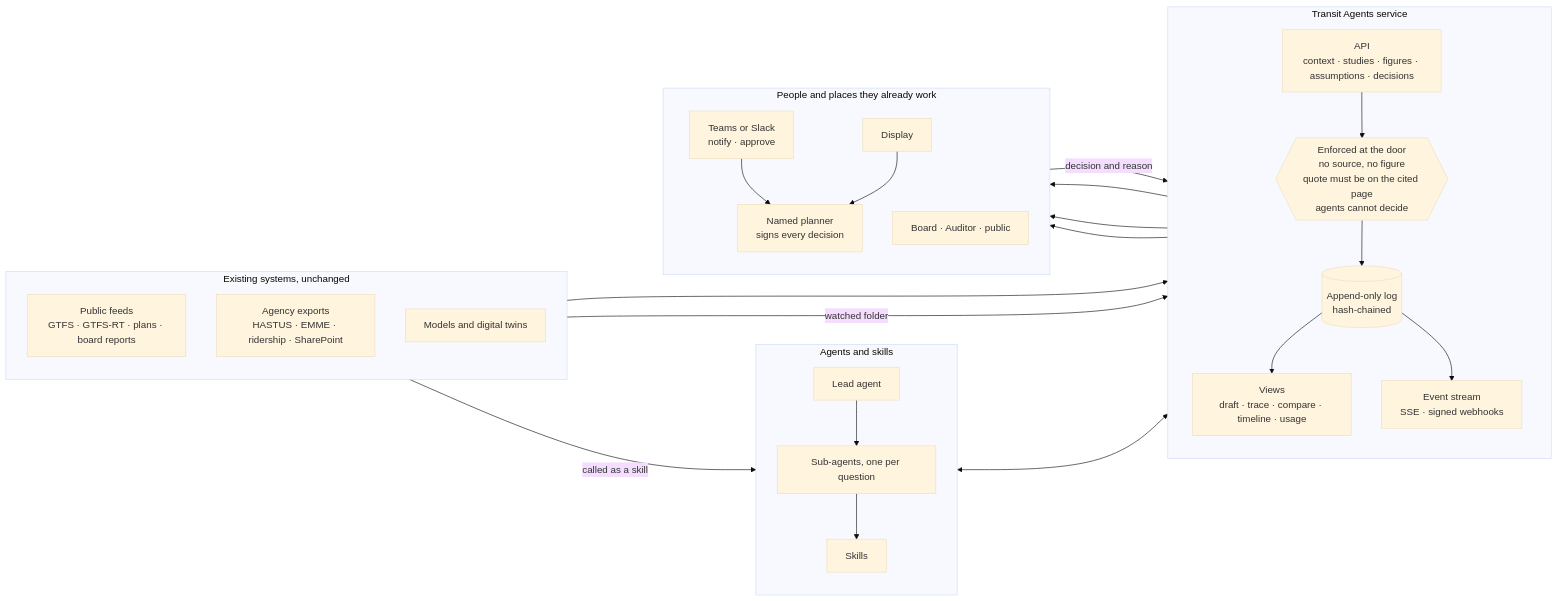
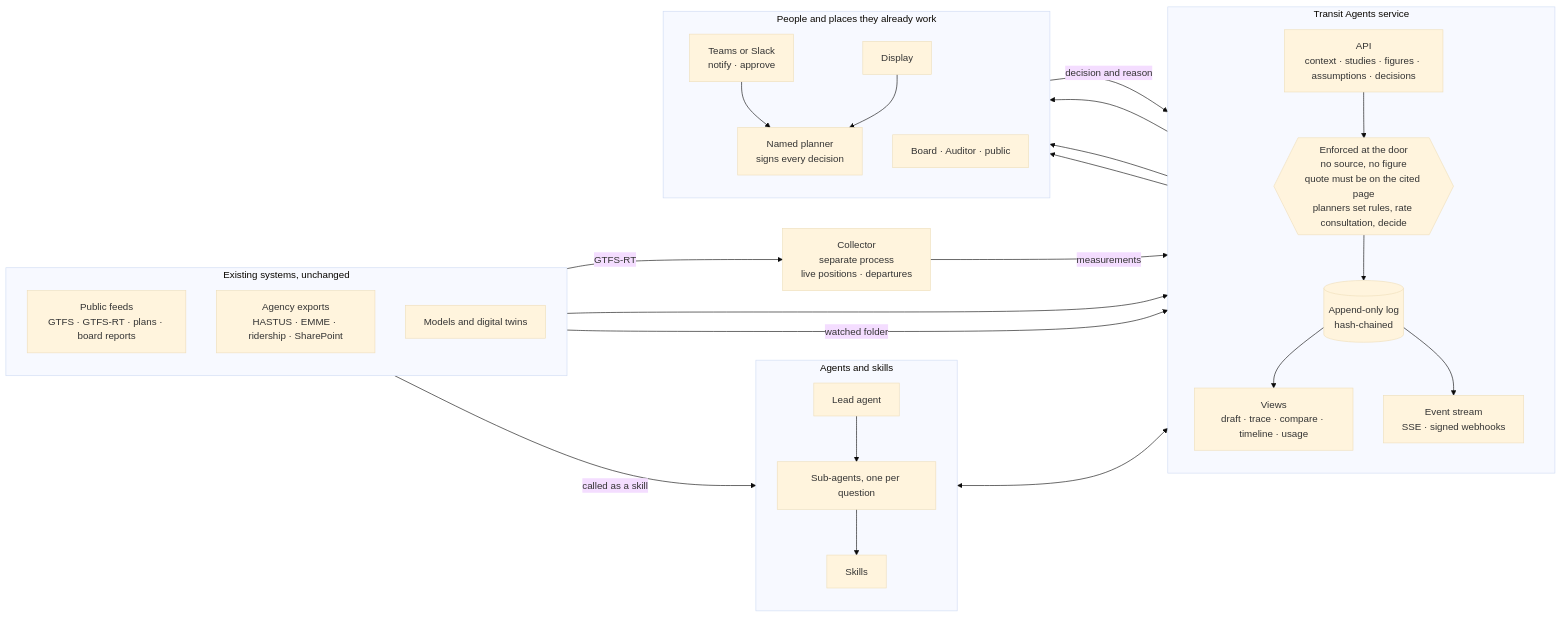
The diagram in docs/system.md (RichardLi-1/transit-agents), drawn with Mermaid (base theme) before and after one commit. The commit also changed other lines of this file and 6 other files, not shown here.

````diff
--- a/docs/system.md
+++ b/docs/system.md
@@ -7,48 +7,52 @@
 ```mermaid
 flowchart LR
     subgraph existing["Existing systems, unchanged"]
         direction TB
         feeds["Public feeds<br/>GTFS · GTFS-RT · plans · board reports"]
         exports["Agency exports<br/>HASTUS · EMME · ridership · SharePoint"]
         models["Models and digital twins"]
     end
 
     subgraph agents["Agents and skills"]
         direction TB
         lead["Lead agent"]
         subs["Sub-agents, one per question"]
         skills["Skills"]
         lead --> subs --> skills
     end
 
     subgraph service["Transit Agents service"]
         direction TB
         api["API<br/>context · studies · figures · assumptions · decisions"]
-        gate{{"Enforced at the door<br/>no source, no figure<br/>quote must be on the cited page<br/>agents cannot decide"}}
+        gate{{"Enforced at the door<br/>no source, no figure<br/>quote must be on the cited page<br/>planners set rules, rate consultation, decide"}}
         log[("Append-only log<br/>hash-chained")]
         views["Views<br/>draft · trace · compare · timeline · usage"]
         out["Event stream<br/>SSE · signed webhooks"]
         api --> gate --> log
         log --> views
         log --> out
     end
+
+    collector["Collector<br/>separate process<br/>live positions · departures"]
+    feeds -- "GTFS-RT" --> collector
+    collector -- "measurements" --> views
 
     subgraph people["People and places they already work"]
         direction TB
         chat["Teams or Slack<br/>notify · approve"]
         display["Display"]
         planner["Named planner<br/>signs every decision"]
         external["Board · Auditor · public"]
     end
 
     feeds --> api
     exports -- "watched folder" --> api
     models -- "called as a skill" --> skills
     agents <--> api
     views --> display
     out --> chat
     out --> external
     chat --> planner
     display --> planner
     planner -- "decision and reason" --> api
 ```
````
